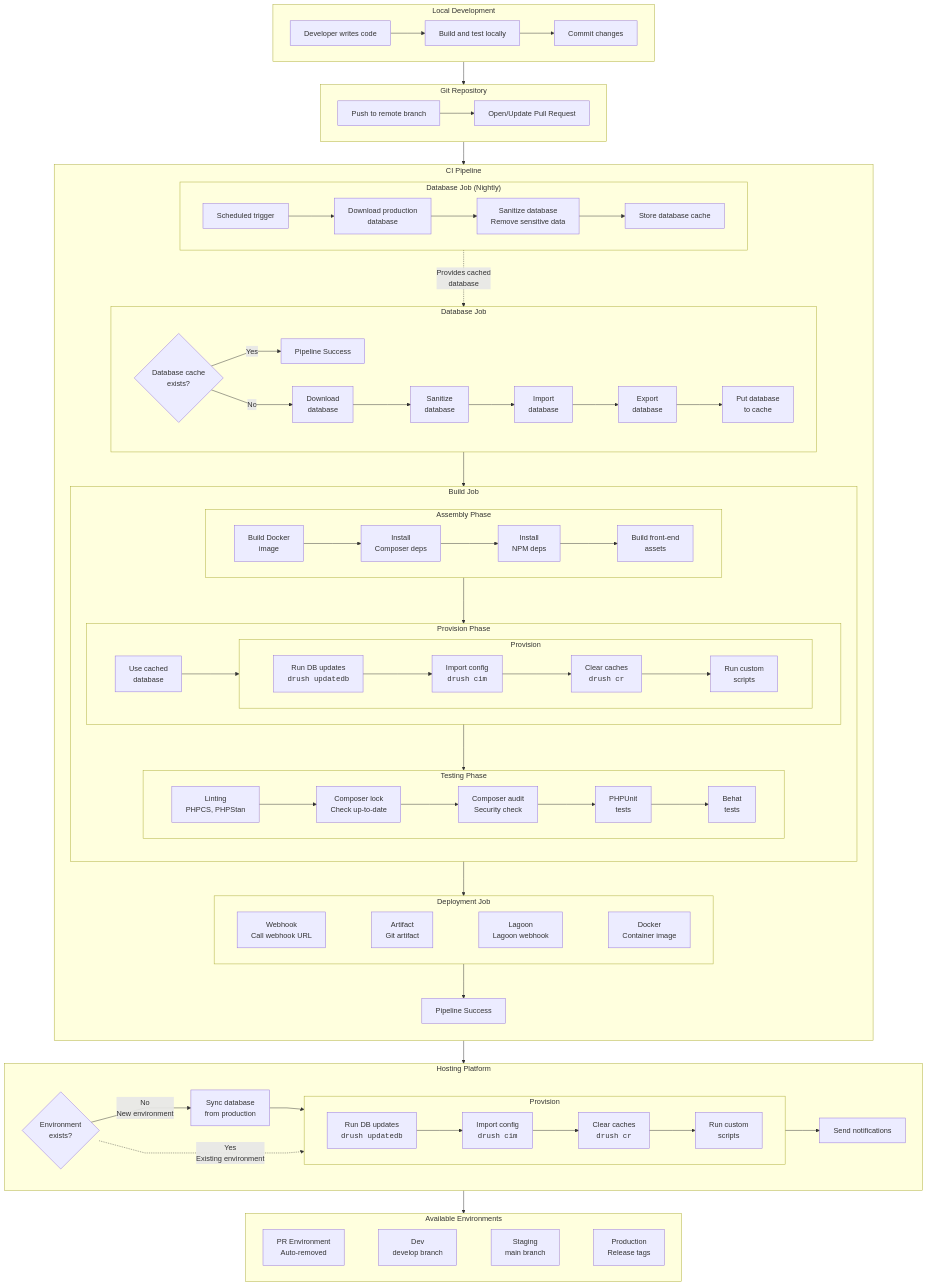
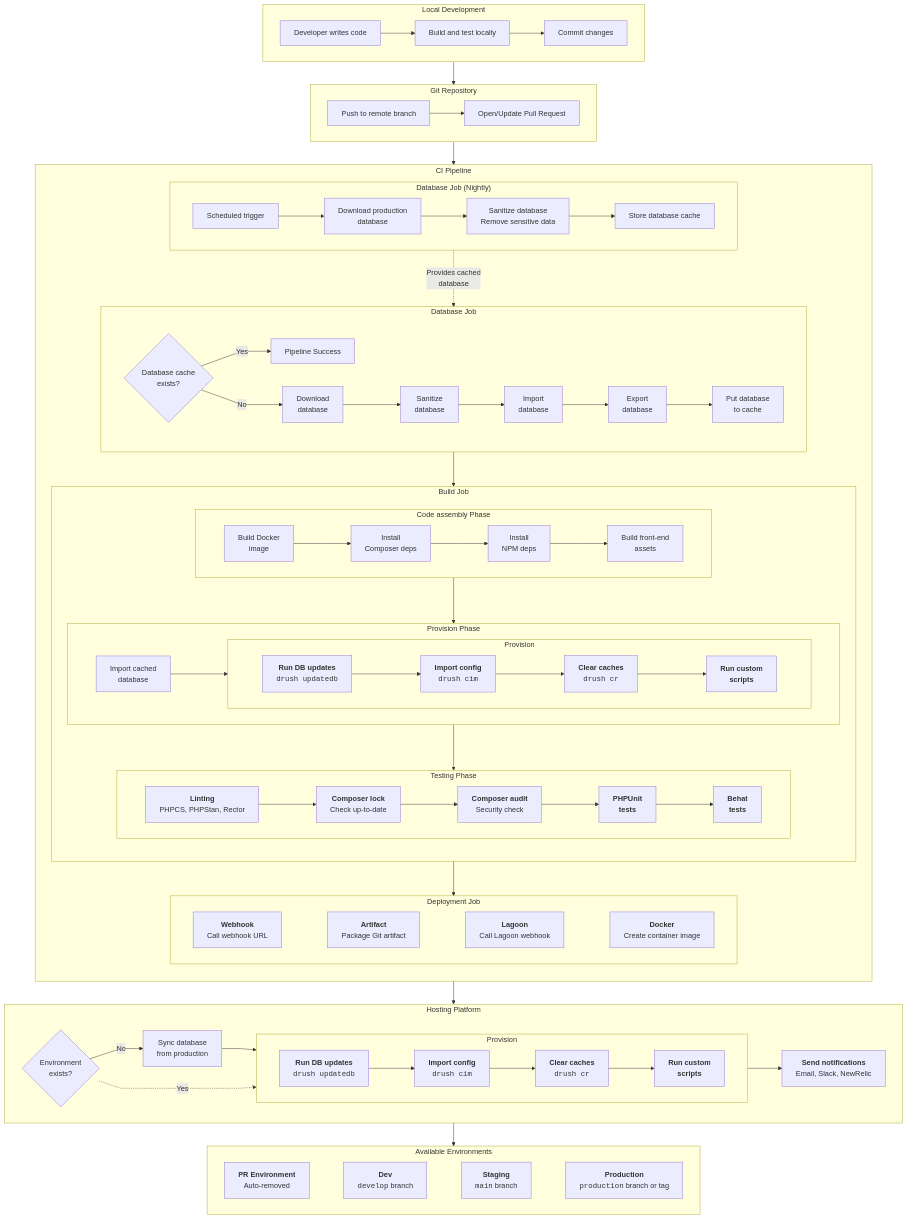
The diagram in .vortex/docs/content/workflows/_code-lifecycle.mdx (drevops/vortex), drawn with Mermaid before and after one commit. The commit also changed other lines of this file and 12 other files, not shown here.

````diff
--- a/.vortex/docs/content/workflows/_code-lifecycle.mdx
+++ b/.vortex/docs/content/workflows/_code-lifecycle.mdx
@@ -50,7 +50,7 @@
         subgraph SUBGRAPH_CI_BUILD_JOB["Build Job"]
             direction TB
 
-            subgraph SUBGRAPH_CI_BUILD_JOB_ASSEMBLY_PHASE["Assembly Phase"]
+            subgraph SUBGRAPH_CI_BUILD_JOB_ASSEMBLY_PHASE["Code assembly Phase"]
                 direction LR
                 CI_BUILD_JOB_ASSEMBLY_PHASE_BUILD_DOCKER["Build Docker<br/>image"]
                   --> CI_BUILD_JOB_ASSEMBLY_PHASE_COMPOSER["Install<br/>Composer deps"]
@@ -60,14 +60,14 @@
 
             subgraph SUBGRAPH_CI_BUILD_JOB_PROVISION_PHASE["Provision Phase"]
                 direction LR
-                CI_BUILD_JOB_PROVISION_PHASE_DB_DOWNLOAD["Use cached<br/>database"]
+                CI_BUILD_JOB_PROVISION_PHASE_DB_DOWNLOAD["Import cached<br/>database"]
 
                 subgraph SUBGRAPH_CI_BUILD_JOB_PROVISION_PHASE_PROVISION_OPS["Provision"]
                     direction LR
-                    CI_BUILD_JOB_PROVISION_PHASE_PROVISION_OPS_PROV_DB_UPDATES_CI["Run DB updates<br/><code>drush updatedb</code>"]
-                      --> CI_BUILD_JOB_PROVISION_PHASE_PROVISION_OPS_PROV_CONFIG_IMPORT_CI["Import config<br/><code>drush cim</code>"]
-                      --> CI_BUILD_JOB_PROVISION_PHASE_PROVISION_OPS_PROV_CACHE_CLEAR_CI["Clear caches<br/><code>drush cr</code>"]
-                      --> CI_BUILD_JOB_PROVISION_PHASE_PROVISION_OPS_PROV_CUSTOM_CI["Run custom<br/>scripts"]
+                    CI_BUILD_JOB_PROVISION_PHASE_PROVISION_OPS_PROV_DB_UPDATES_CI["<b>Run DB updates</b><br/><code>drush updatedb</code>"]
+                      --> CI_BUILD_JOB_PROVISION_PHASE_PROVISION_OPS_PROV_CONFIG_IMPORT_CI["<b>Import config</b><br/><code>drush cim</code>"]
+                      --> CI_BUILD_JOB_PROVISION_PHASE_PROVISION_OPS_PROV_CACHE_CLEAR_CI["<b>Clear caches</b><br/><code>drush cr</code>"]
+                      --> CI_BUILD_JOB_PROVISION_PHASE_PROVISION_OPS_PROV_CUSTOM_CI["<b>Run custom<br/>scripts</b>"]
                 end
 
                 CI_BUILD_JOB_PROVISION_PHASE_DB_DOWNLOAD --> SUBGRAPH_CI_BUILD_JOB_PROVISION_PHASE_PROVISION_OPS
@@ -75,23 +75,21 @@
 
             subgraph SUBGRAPH_CI_BUILD_JOB_TEST_PHASE["Testing Phase"]
                 direction LR
-                CI_BUILD_JOB_TEST_PHASE_LINT["Linting<br/>PHPCS, PHPStan"]
-                  --> CI_BUILD_JOB_TEST_PHASE_LOCK_CHECK["Composer lock<br/>Check up-to-date"]
-                  --> CI_BUILD_JOB_TEST_PHASE_AUDIT["Composer audit<br/>Security check"]
-                  --> CI_BUILD_JOB_TEST_PHASE_UNIT["PHPUnit<br/>tests"]
-                  --> CI_BUILD_JOB_TEST_PHASE_BEHAT["Behat<br/>tests"]
+                CI_BUILD_JOB_TEST_PHASE_LINT["<b>Linting</b><br/>PHPCS, PHPStan, Rector"]
+                  --> CI_BUILD_JOB_TEST_PHASE_LOCK_CHECK["<b>Composer lock</b><br/>Check up-to-date"]
+                  --> CI_BUILD_JOB_TEST_PHASE_AUDIT["<b>Composer audit</b><br/>Security check"]
+                  --> CI_BUILD_JOB_TEST_PHASE_UNIT["<b>PHPUnit<br/>tests<b>"]
+                  --> CI_BUILD_JOB_TEST_PHASE_BEHAT["<b>Behat<br/>tests</b>"]
             end
         end
 
         subgraph SUBGRAPH_CI_DEPLOYMENT_JOB["Deployment Job"]
             direction LR
-            CI_DEPLOYMENT_JOB_WEBHOOK["Webhook<br/>Call webhook URL"]
-              ~~~ CI_DEPLOYMENT_JOB_ARTIFACT["Artifact<br/>Git artifact"]
-              ~~~ CI_DEPLOYMENT_JOB_LAGOON["Lagoon<br/>Lagoon webhook"]
-              ~~~ CI_DEPLOYMENT_JOB_DOCKER["Docker<br/>Container image"]
+            CI_DEPLOYMENT_JOB_WEBHOOK["<b>Webhook</b><br/>Call webhook URL"]
+              ~~~ CI_DEPLOYMENT_JOB_ARTIFACT["<b>Artifact</b><br/>Package Git artifact"]
+              ~~~ CI_DEPLOYMENT_JOB_LAGOON["<b>Lagoon</b><br/>Call Lagoon webhook"]
+              ~~~ CI_DEPLOYMENT_JOB_DOCKER["<b>Docker</b><br/>Create container image"]
         end
-
-        CI_SUCCESS["Pipeline Success"]
     end
 
     subgraph SUBGRAPH_HOSTING["Hosting Platform"]
@@ -102,21 +100,21 @@
 
         subgraph SUBGRAPH_HOSTING_PROVISION_OPS["Provision"]
             direction LR
-            HOSTING_PROVISION_OPS_PROV_DB_UPDATES["Run DB updates<br/><code>drush updatedb</code>"]
-              --> HOSTING_PROVISION_OPS_PROV_CONFIG_IMPORT["Import config<br/><code>drush cim</code>"]
-              --> HOSTING_PROVISION_OPS_PROV_CACHE_CLEAR["Clear caches<br/><code>drush cr</code>"]
-              --> HOSTING_PROVISION_OPS_PROV_CUSTOM["Run custom<br/>scripts"]
+            HOSTING_PROVISION_OPS_PROV_DB_UPDATES["<b>Run DB updates</b><br/><code>drush updatedb</code>"]
+              --> HOSTING_PROVISION_OPS_PROV_CONFIG_IMPORT["<b>Import config</b><br/><code>drush cim</code>"]
+              --> HOSTING_PROVISION_OPS_PROV_CACHE_CLEAR["<b>Clear caches</b><br/><code>drush cr</code>"]
+              --> HOSTING_PROVISION_OPS_PROV_CUSTOM["<b>Run custom<br/>scripts</b>"]
         end
 
-        HOSTING_SEND_NOTIFICATIONS["Send notifications"]
+        HOSTING_SEND_NOTIFICATIONS["<b>Send notifications</b><br/>Email, Slack, NewRelic"]
     end
 
     subgraph SUBGRAPH_ENVIRONMENTS["Available Environments"]
         direction LR
-        ENVIRONMENTS_PR_ENV["PR Environment<br/>Auto-removed"]
-          ~~~ ENVIRONMENTS_DEV_ENV["Dev<br/>develop branch"]
-          ~~~ ENVIRONMENTS_STAGE_ENV["Staging<br/>main branch"]
-          ~~~ ENVIRONMENTS_PROD_ENV["Production<br/>Release tags"]
+        ENVIRONMENTS_PR_ENV["<b>PR Environment</b><br/>Auto-removed"]
+          ~~~ ENVIRONMENTS_DEV_ENV["<b>Dev</b><br/><code>develop</code> branch"]
+          ~~~ ENVIRONMENTS_STAGE_ENV["<b>Staging</b><br/><code>main</code> branch"]
+          ~~~ ENVIRONMENTS_PROD_ENV["<b>Production</b><br/><code>production</code> branch or tag"]
     end
 
     %% Main Flow - Only OUTER Box to OUTER Box Connections
@@ -140,11 +138,10 @@
     SUBGRAPH_CI_BUILD_JOB_ASSEMBLY_PHASE --> SUBGRAPH_CI_BUILD_JOB_PROVISION_PHASE
     SUBGRAPH_CI_BUILD_JOB_PROVISION_PHASE --> SUBGRAPH_CI_BUILD_JOB_TEST_PHASE
     SUBGRAPH_CI_BUILD_JOB --> SUBGRAPH_CI_DEPLOYMENT_JOB
-    SUBGRAPH_CI_DEPLOYMENT_JOB --> CI_SUCCESS
 
     %% Internal flows within Hosting Platform
-    HOSTING_ENV_DECISION -->|No<br/>New environment| HOSTING_NEW_DB_SYNC
+    HOSTING_ENV_DECISION -->|No| HOSTING_NEW_DB_SYNC
     HOSTING_NEW_DB_SYNC --> SUBGRAPH_HOSTING_PROVISION_OPS
-    HOSTING_ENV_DECISION -.->|Yes<br/>Existing environment| SUBGRAPH_HOSTING_PROVISION_OPS
+    HOSTING_ENV_DECISION -.->|Yes| SUBGRAPH_HOSTING_PROVISION_OPS
     SUBGRAPH_HOSTING_PROVISION_OPS --> HOSTING_SEND_NOTIFICATIONS
 ```
````
